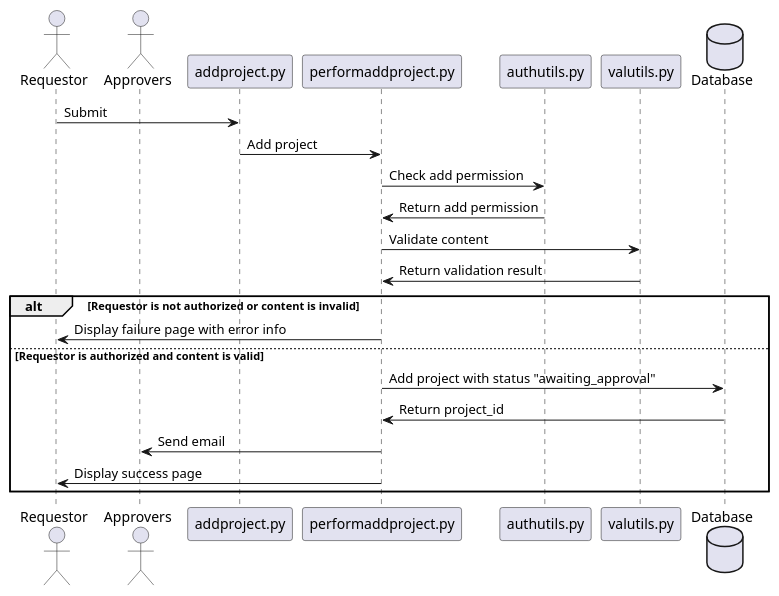
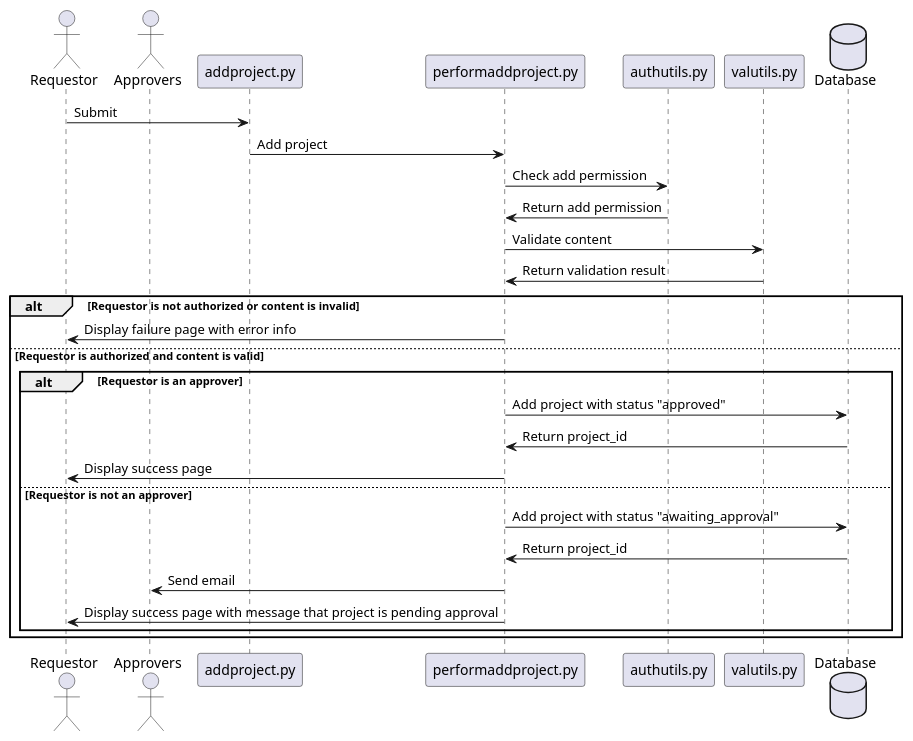
The diagram in documentation/addproject.puml (sipb/project-database), drawn with PlantUML before and after one commit.

Commit message:
Update add project diagram to reflect approver status.

```diff
--- a/documentation/addproject.puml
+++ b/documentation/addproject.puml
@@ -1,29 +1,39 @@
 @startuml
 actor Requestor
 actor Approvers
 participant addproject.py
 participant performaddproject.py
 participant authutils.py
 participant valutils.py
 database Database
 
 Requestor -> addproject.py : Submit
 addproject.py -> performaddproject.py : Add project
 performaddproject.py -> authutils.py : Check add permission
 authutils.py -> performaddproject.py : Return add permission
 performaddproject.py -> valutils.py : Validate content
 valutils.py -> performaddproject.py : Return validation result
 
 alt Requestor is not authorized or content is invalid
 
     performaddproject.py -> Requestor : Display failure page with error info
 
 else Requestor is authorized and content is valid
 
-    performaddproject.py -> Database : Add project with status "awaiting_approval"
-    Database -> performaddproject.py : Return project_id
-    performaddproject.py -> Approvers : Send email
-    performaddproject.py -> Requestor : Display success page
+    alt Requestor is an approver
+
+        performaddproject.py -> Database : Add project with status "approved"
+        Database -> performaddproject.py : Return project_id
+        performaddproject.py -> Requestor : Display success page
+
+    else Requestor is not an approver
+
+        performaddproject.py -> Database : Add project with status "awaiting_approval"
+        Database -> performaddproject.py : Return project_id
+        performaddproject.py -> Approvers : Send email
+        performaddproject.py -> Requestor : Display success page with message that project is pending approval
+
+    end
 
 end
 @enduml
```
